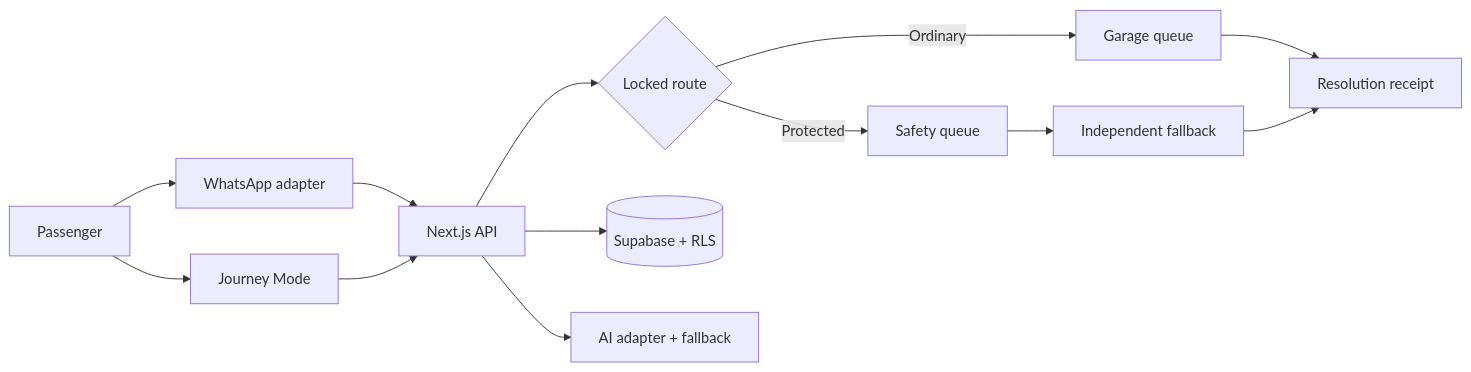
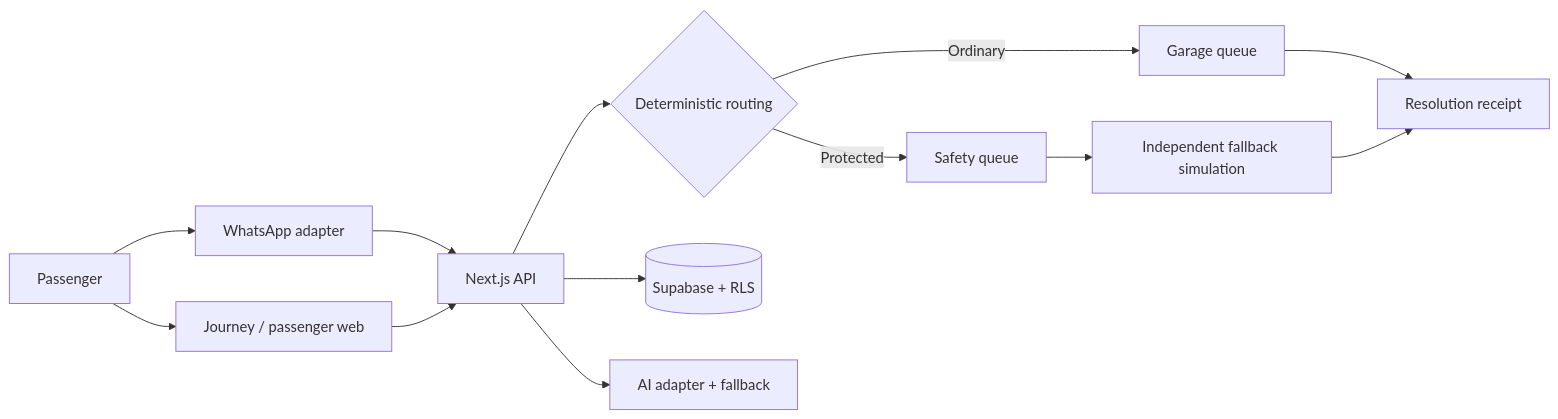
The diagram in README.md (Larriemoses/irinabo), drawn with Mermaid before and after one commit. The commit also changed other lines of this file, not shown here.

````diff
--- a/README.md
+++ b/README.md
@@ -52,15 +72,15 @@
 ```mermaid
 flowchart LR
   P[Passenger] --> W[WhatsApp adapter]
-  P --> J[Journey Mode]
+  P --> J[Journey / passenger web]
   W --> A[Next.js API]
   J --> A
-  A --> R{Locked route}
+  A --> R{Deterministic routing}
   R -->|Ordinary| G[Garage queue]
   R -->|Protected| S[Safety queue]
   A --> D[(Supabase + RLS)]
   A --> I[AI adapter + fallback]
-  S --> E[Independent fallback]
+  S --> E[Independent fallback simulation]
   G --> C[Resolution receipt]
   E --> C
 ```
````
